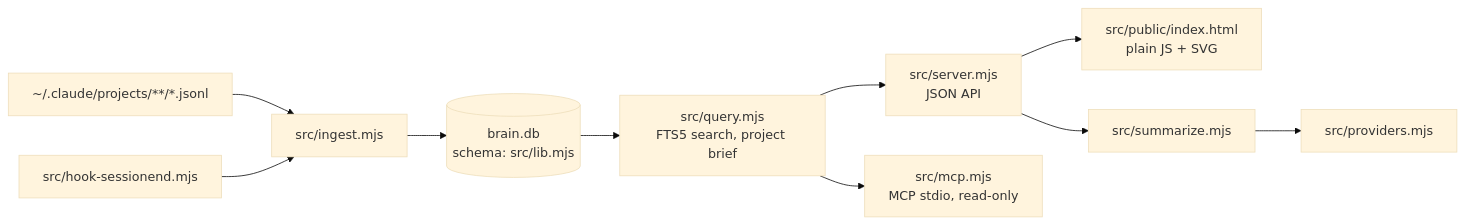
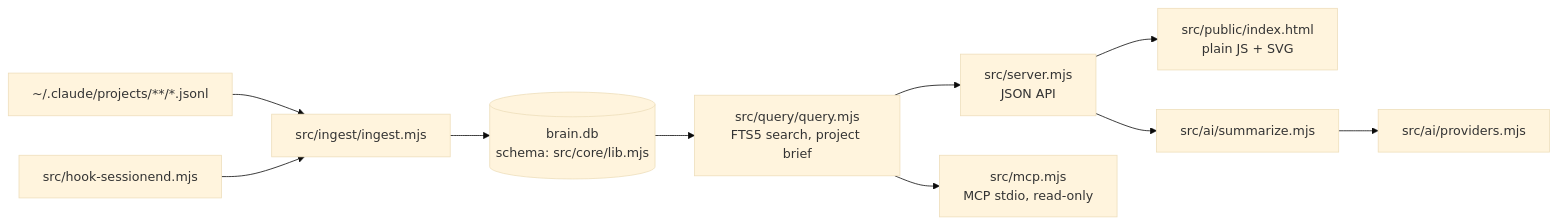
Before and after one commit to hienct-fpt/personal-brain: the diagram in .claude/skills/pb-coding/SKILL.md, drawn with Mermaid (base theme). The commit also changed other lines of this file and 22 other files, not shown here.

First line of the commit message:
refactor: group src/ modules into core, ingest, query and ai

````diff
--- a/.claude/skills/pb-coding/SKILL.md
+++ b/.claude/skills/pb-coding/SKILL.md
@@ -10,11 +10,11 @@
 ```mermaid
 flowchart LR
-  T["~/.claude/projects/**/*.jsonl"] --> I["src/ingest.mjs"]
-  I --> DB[("brain.db<br/>schema: src/lib.mjs")]
-  DB --> Q["src/query.mjs<br/>FTS5 search, project brief"]
+  T["~/.claude/projects/**/*.jsonl"] --> I["src/ingest/ingest.mjs"]
+  I --> DB[("brain.db<br/>schema: src/core/lib.mjs")]
+  DB --> Q["src/query/query.mjs<br/>FTS5 search, project brief"]
   Q --> S["src/server.mjs<br/>JSON API"]
   Q --> M["src/mcp.mjs<br/>MCP stdio, read-only"]
   S --> UI["src/public/index.html<br/>plain JS + SVG"]
-  S --> SM["src/summarize.mjs"] --> P["src/providers.mjs"]
+  S --> SM["src/ai/summarize.mjs"] --> P["src/ai/providers.mjs"]
   H["src/hook-sessionend.mjs"] --> I
 ```
````
